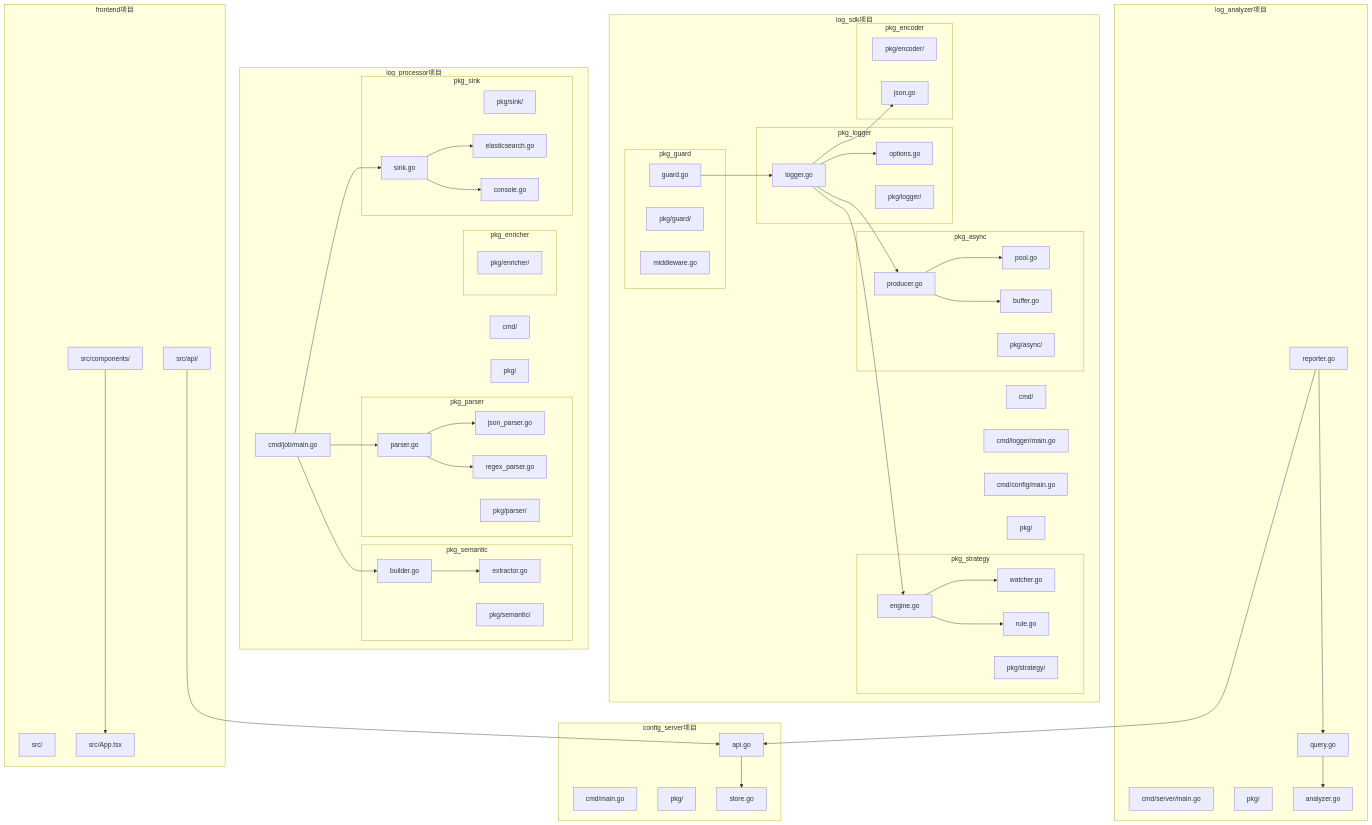
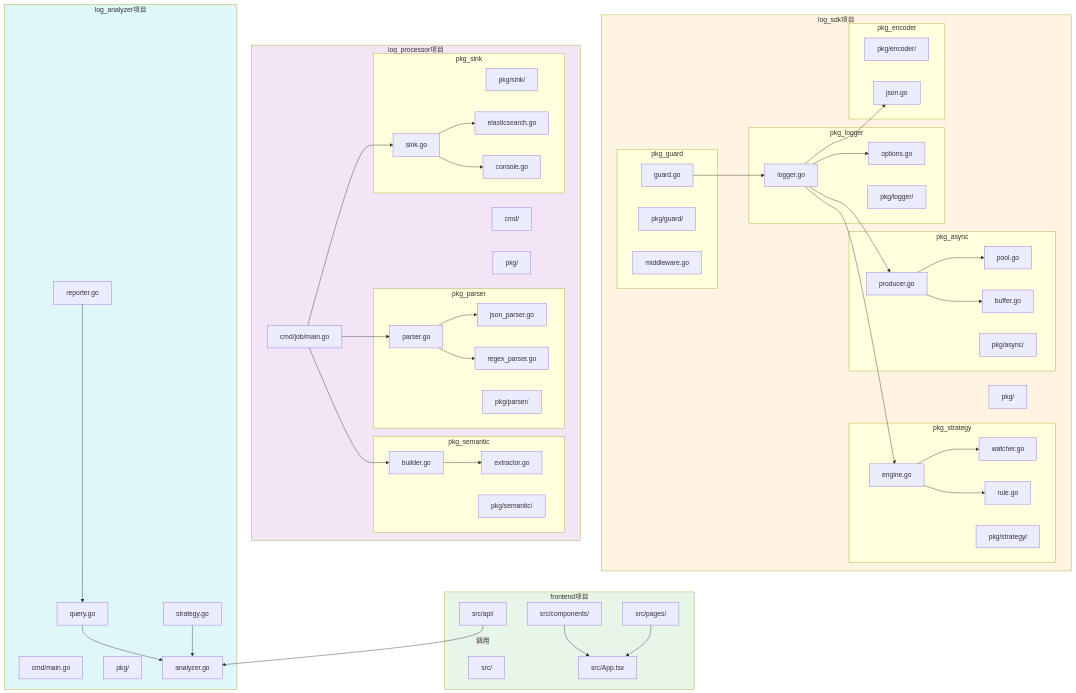
Before and after one commit to RZYN2020/logos: the fourth of 5 diagrams in docs/thesis.md, drawn with Mermaid. The commit also changed other lines of this file and 63 other files, not shown here.

````diff
--- a/docs/thesis.md
+++ b/docs/thesis.md
@@ -381,10 +587,6 @@
 ```mermaid
 graph TB
     subgraph log_sdk项目
-        L_CMD[cmd/]
-        L_MAIN[cmd/logger/main.go]
-        L_CONFIG[cmd/config/main.go]
-
         L_PKG[pkg/]
 
         subgraph pkg_logger
@@ -417,6 +619,8 @@
             ENCODER[pkg/encoder/]
             E_JSON[json.go]
         end
+
+        style log_sdk项目 fill:#fff4e1
     end
 
     subgraph log_processor项目
@@ -436,38 +640,33 @@
             PS_EXTRACTOR[extractor.go]
         end
 
-        subgraph pkg_enricher
-            ENRICHER[pkg/enricher/]
-        end
-
         subgraph pkg_sink
             SINK[pkg/sink/]
             SK_SINK[sink.go]
             SK_ES[elasticsearch.go]
             SK_CONSOLE[console.go]
         end
+
+        style log_processor项目 fill:#f3e5f5
     end
 
     subgraph log_analyzer项目
-        AN_MAIN[cmd/server/main.go]
+        AN_MAIN[cmd/main.go]
         AN_PKG[pkg/]
         AN_QUERY[query.go]
         AN_REPORTER[reporter.go]
+        AN_STRATEGY[strategy.go]
         ANALYZER[analyzer.go]
-    end
-
-    subgraph config_server项目
-        CS_MAIN[cmd/main.go]
-        CS_PKG[pkg/]
-        CS_API[api.go]
-        CS_STORE[store.go]
+        style log_analyzer项目 fill:#e0f7fa
     end
 
     subgraph frontend项目
         F_SRC[src/]
         F_API[src/api/]
         F_COMPONENTS[src/components/]
+        F_PAGES[src/pages/]
         F_APP[src/App.tsx]
+        style frontend项目 fill:#e8f5e9
     end
 
     L_LOGGER --> L_OPTIONS
@@ -496,10 +695,9 @@
 
     AN_QUERY --> ANALYZER
     AN_REPORTER --> AN_QUERY
+    AN_STRATEGY --> ANALYZER
 
-    CS_API --> CS_STORE
-    AN_REPORTER --> CS_API
-
-    F_API --> CS_API
+    F_API -->|调用| ANALYZER
     F_COMPONENTS --> F_APP
+    F_PAGES --> F_APP
 ```
````
